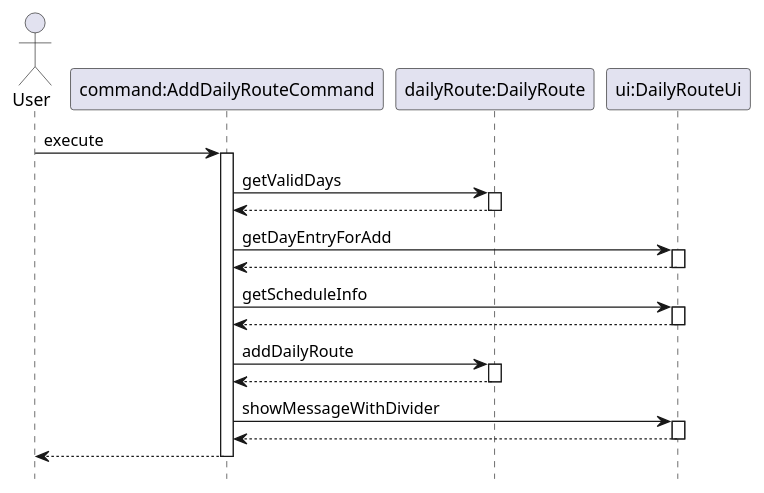
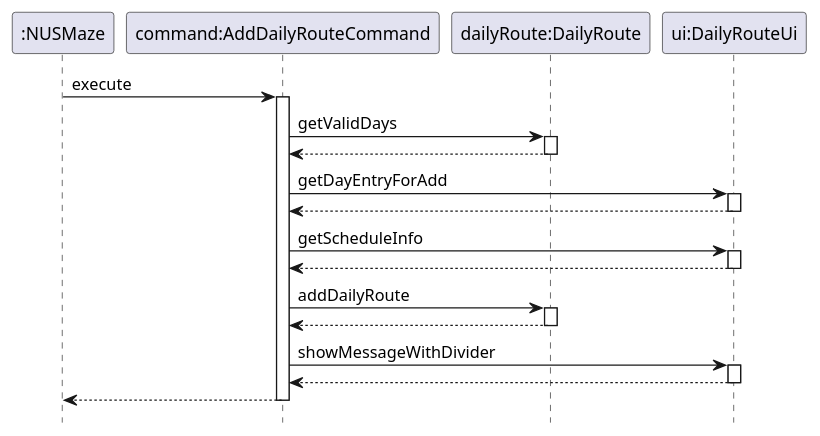
One commit to nus-cs2113-AY2021S2/tp changed the diagram in docs/addday.puml. Above: the diagram before and after it, drawn with PlantUML. The commit also changed 4 other files, not shown here.

Commit message:
updated uml

```diff
--- a/docs/addday.puml
+++ b/docs/addday.puml
@@ -1,33 +1,33 @@
 @startuml
 hide footbox
 
-actor User
-User -> "command:AddDailyRouteCommand" : execute
+participant ":NUSMaze"
+":NUSMaze" -> "command:AddDailyRouteCommand" : execute
 activate "command:AddDailyRouteCommand"
 "command:AddDailyRouteCommand" -> "dailyRoute:DailyRoute" : getValidDays
 activate "dailyRoute:DailyRoute"
 return
 deactivate "dailyRoute:DailyRoute"
 "command:AddDailyRouteCommand" -> "ui:DailyRouteUi" : getDayEntryForAdd
 activate "ui:DailyRouteUi"
 return
 deactivate "ui:DailyRouteUi"
 
 "command:AddDailyRouteCommand" -> "ui:DailyRouteUi" : getScheduleInfo
 activate "ui:DailyRouteUi"
 return
 deactivate "ui:DailyRouteUi"
 
 "command:AddDailyRouteCommand" -> "dailyRoute:DailyRoute" : addDailyRoute
 activate "dailyRoute:DailyRoute"
 "dailyRoute:DailyRoute" --> "command:AddDailyRouteCommand"
 deactivate "dailyRoute:DailyRoute"
 
 "command:AddDailyRouteCommand" -> "ui:DailyRouteUi": showMessageWithDivider
 activate "ui:DailyRouteUi"
 return
 deactivate "ui:DailyRouteUi"
-"command:AddDailyRouteCommand" --> User
+"command:AddDailyRouteCommand" --> ":NUSMaze"
 deactivate "command:AddDailyRouteCommand"
 
 @enduml
```
